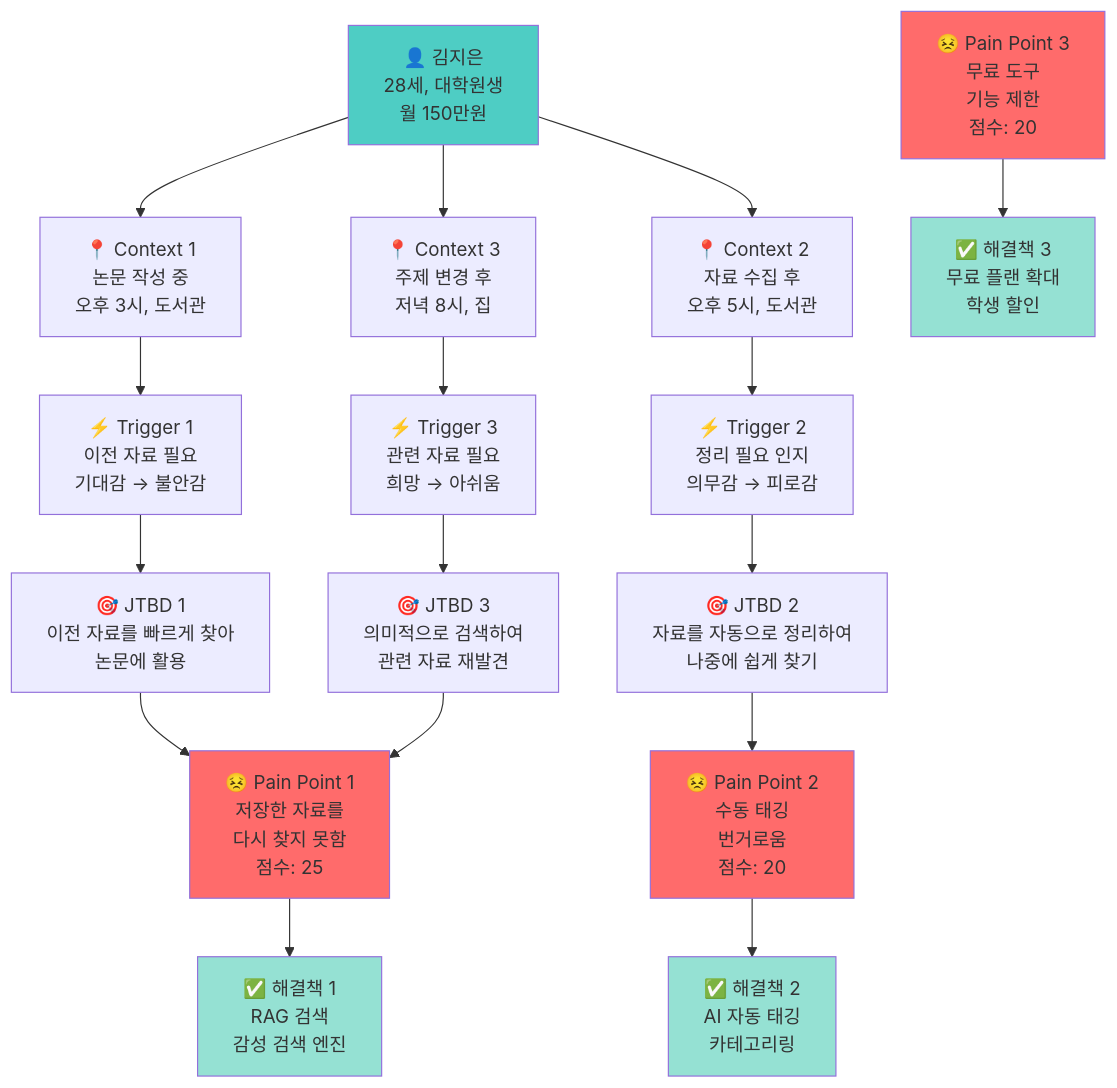
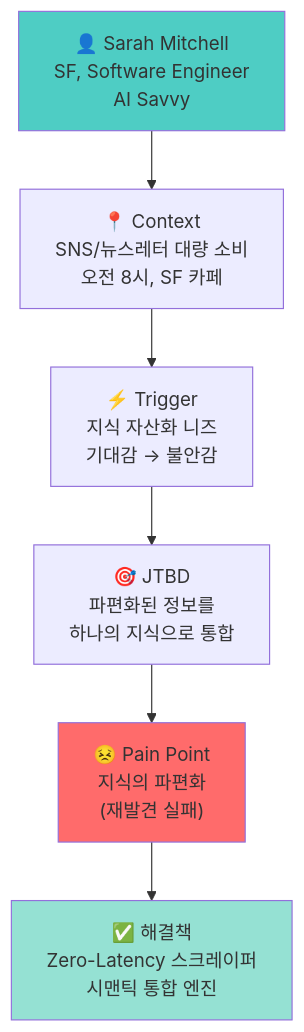
One commit to gus2902/new_learn changed the first of 5 diagrams in docs/프로젝트/output/PHASE3-페르소나JTBD/PHASE3-Step5-통합다이어그램-2026-01-10.md. Above: the diagram before and after it, drawn with Mermaid. The commit also changed other lines of this file and 25 other files, not shown here.

````diff
--- a/docs/프로젝트/output/PHASE3-페르소나JTBD/PHASE3-Step5-통합다이어그램-2026-01-10.md
+++ b/docs/프로젝트/output/PHASE3-페르소나JTBD/PHASE3-Step5-통합다이어그램-2026-01-10.md
@@ -31,52 +14,20 @@
 ```mermaid
 graph TB
-    P1["👤 김지은<br/>28세, 대학원생<br/>월 150만원"]
+    P1["👤 Sarah Mitchell<br/>SF, Software Engineer<br/>AI Savvy"]
     
-    C1["📍 Context 1<br/>논문 작성 중<br/>오후 3시, 도서관"]
-    C2["📍 Context 2<br/>자료 수집 후<br/>오후 5시, 도서관"]
-    C3["📍 Context 3<br/>주제 변경 후<br/>저녁 8시, 집"]
+    C1["📍 Context<br/>SNS/뉴스레터 대량 소비<br/>오전 8시, SF 카페"]
     
-    T1["⚡ Trigger 1<br/>이전 자료 필요<br/>기대감 → 불안감"]
-    T2["⚡ Trigger 2<br/>정리 필요 인지<br/>의무감 → 피로감"]
-    T3["⚡ Trigger 3<br/>관련 자료 필요<br/>희망 → 아쉬움"]
+    T1["⚡ Trigger<br/>지식 자산화 니즈<br/>기대감 → 불안감"]
     
-    J1["🎯 JTBD 1<br/>이전 자료를 빠르게 찾아<br/>논문에 활용"]
-    J2["🎯 JTBD 2<br/>자료를 자동으로 정리하여<br/>나중에 쉽게 찾기"]
-    J3["🎯 JTBD 3<br/>의미적으로 검색하여<br/>관련 자료 재발견"]
+    J1["🎯 JTBD<br/>파편화된 정보를<br/>하나의 지식으로 통합"]
     
-    PP1["😣 Pain Point 1<br/>저장한 자료를<br/>다시 찾지 못함<br/>점수: 25"]
-    PP2["😣 Pain Point 2<br/>수동 태깅<br/>번거로움<br/>점수: 20"]
-    PP3["😣 Pain Point 3<br/>무료 도구<br/>기능 제한<br/>점수: 20"]
+    PP1["😣 Pain Point<br/>지식의 파편화<br/>(재발견 실패)"]
     
-    S1["✅ 해결책 1<br/>RAG 검색<br/>감성 검색 엔진"]
-    S2["✅ 해결책 2<br/>AI 자동 태깅<br/>카테고리링"]
-    S3["✅ 해결책 3<br/>무료 플랜 확대<br/>학생 할인"]
+    S1["✅ 해결책<br/>Zero-Latency 스크레이퍼<br/>시맨틱 통합 엔진"]
     
-    P1 --> C1
-    P1 --> C2
-    P1 --> C3
-    
-    C1 --> T1
-    C2 --> T2
-    C3 --> T3
-    
-    T1 --> J1
-    T2 --> J2
-    T3 --> J3
-    
-    J1 --> PP1
-    J2 --> PP2
-    J3 --> PP1
-    
-    PP1 --> S1
-    PP2 --> S2
-    PP3 --> S3
+    P1 --> C1 --> T1 --> J1 --> PP1 --> S1
     
     style P1 fill:#4ecdc4
     style PP1 fill:#ff6b6b
-    style PP2 fill:#ff6b6b
-    style PP3 fill:#ff6b6b
     style S1 fill:#95e1d3
-    style S2 fill:#95e1d3
-    style S3 fill:#95e1d3
 ```
````
